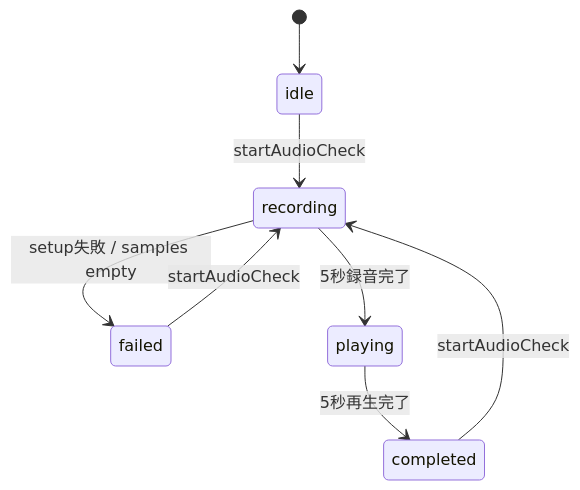
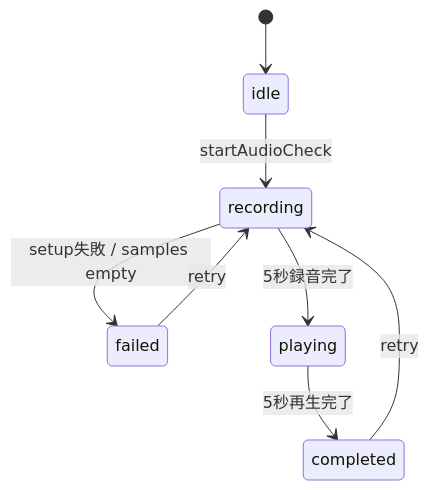
Before and after one commit to eroccowaruico/iOS-Intercom: the fifth of 5 diagrams in docs/spec/App/UI/画面・状態遷移.md, drawn with Mermaid. The commit also changed other lines of this file and 49 other files, not shown here.

````diff
--- a/docs/spec/App/UI/画面・状態遷移.md
+++ b/docs/spec/App/UI/画面・状態遷移.md
@@ -137,12 +100,10 @@
 ```mermaid
 stateDiagram-v2
     [*] --> idle
-
     idle --> recording: startAudioCheck
     recording --> failed: setup失敗 / samples empty
     recording --> playing: 5秒録音完了
     playing --> completed: 5秒再生完了
-
-    failed --> recording: startAudioCheck
-    completed --> recording: startAudioCheck
+    failed --> recording: retry
+    completed --> recording: retry
 ```
````
